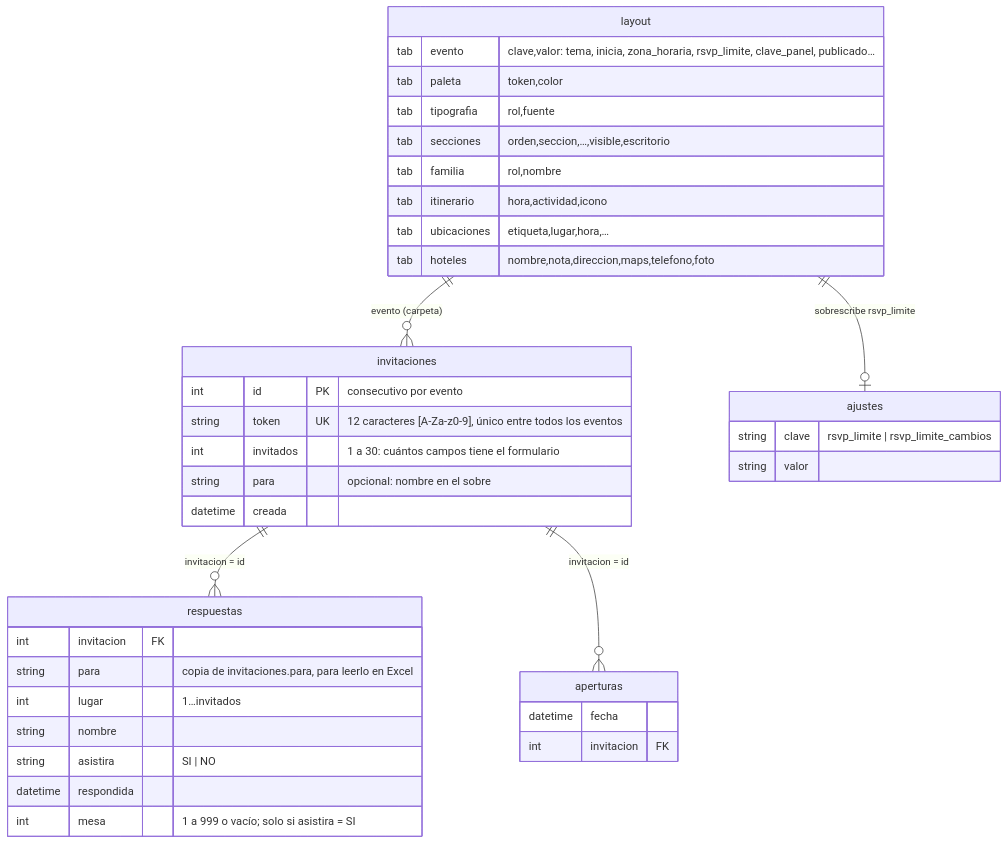
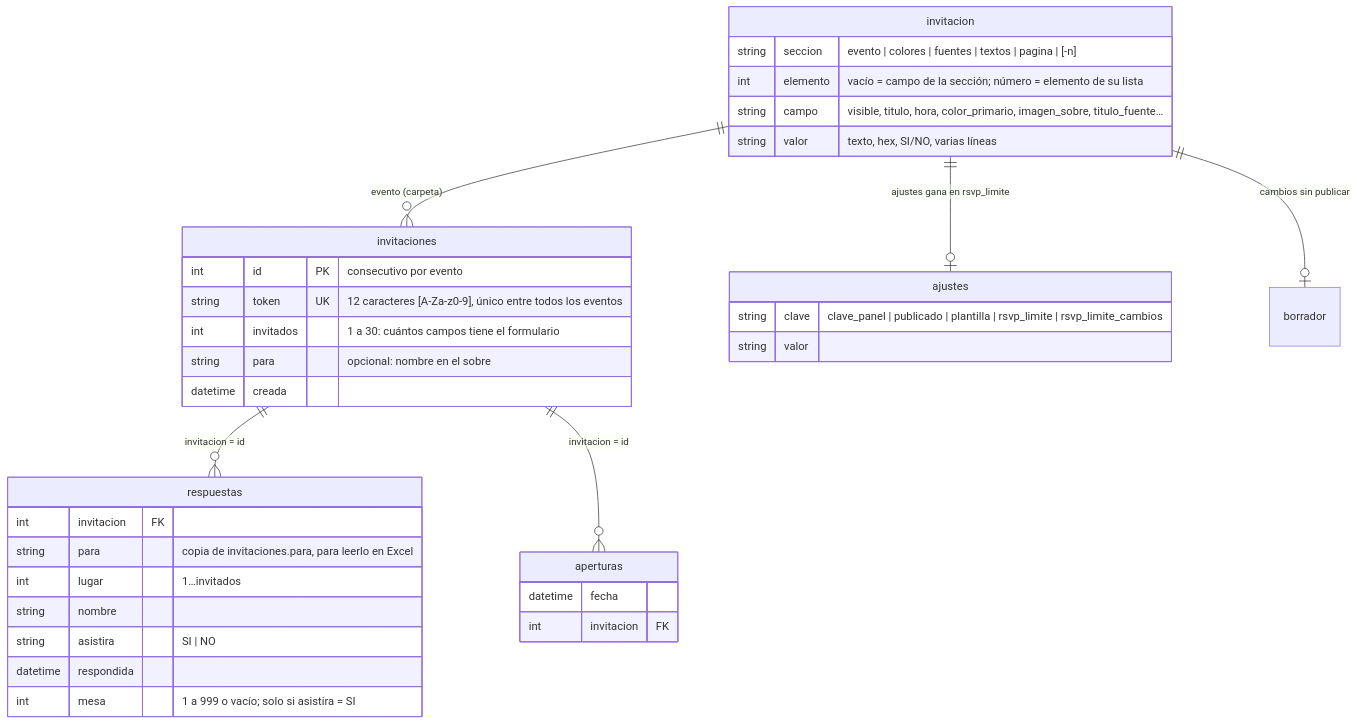
One commit to rjm019/invitaciones changed the diagram in docs/plan-invitaciones/03-arquitectura-objetivo/modelo-datos.md. Above: the diagram before and after it, drawn with Mermaid. The commit also changed other lines of this file and 11 other files, not shown here.

````diff
--- a/docs/plan-invitaciones/03-arquitectura-objetivo/modelo-datos.md
+++ b/docs/plan-invitaciones/03-arquitectura-objetivo/modelo-datos.md
@@ -24,42 +30,39 @@
 ```mermaid
 erDiagram
-    layout ||--o{ invitaciones : "evento (carpeta)"
+    invitacion ||--o{ invitaciones : "evento (carpeta)"
     invitaciones ||--o{ respuestas : "invitacion = id"
     invitaciones ||--o{ aperturas : "invitacion = id"
-    layout ||--o| ajustes : "sobrescribe rsvp_limite"
+    invitacion ||--o| ajustes : "ajustes gana en rsvp_limite"
+    invitacion ||--o| borrador : "cambios sin publicar"
 
-    layout {
-      tab evento "clave,valor: tema, inicia, zona_horaria, rsvp_limite, clave_panel, publicado…"
-      tab paleta "token,color"
-      tab tipografia "rol,fuente"
-      tab secciones "orden,seccion,…,visible,escritorio"
-      tab familia "rol,nombre"
-      tab itinerario "hora,actividad,icono"
-      tab ubicaciones "etiqueta,lugar,hora,…"
-      tab hoteles "nombre,nota,direccion,maps,telefono,foto"
+    invitacion {
+      string seccion "evento | colores | fuentes | textos | pagina | <seccion>[-n]"
+      int elemento "vacío = campo de la sección; número = elemento de su lista"
+      string campo "visible, titulo, hora, color_primario, imagen_sobre, titulo_fuente…"
+      string valor "texto, hex, SI/NO, varias líneas"
     }
     invitaciones {
       int id PK "consecutivo por evento"
       string token UK "12 caracteres [A-Za-z0-9], único entre todos los eventos"
       int invitados "1 a 30: cuántos campos tiene el formulario"
       string para "opcional: nombre en el sobre"
       datetime creada
     }
     respuestas {
       int invitacion FK
       string para "copia de invitaciones.para, para leerlo en Excel"
       int lugar "1…invitados"
       string nombre
       string asistira "SI | NO"
       datetime respondida
       int mesa "1 a 999 o vacío; solo si asistira = SI"
     }
     aperturas {
       datetime fecha
       int invitacion FK
     }
     ajustes {
-      string clave "rsvp_limite | rsvp_limite_cambios"
+      string clave "clave_panel | publicado | plantilla | rsvp_limite | rsvp_limite_cambios"
       string valor
     }
 ```
````
